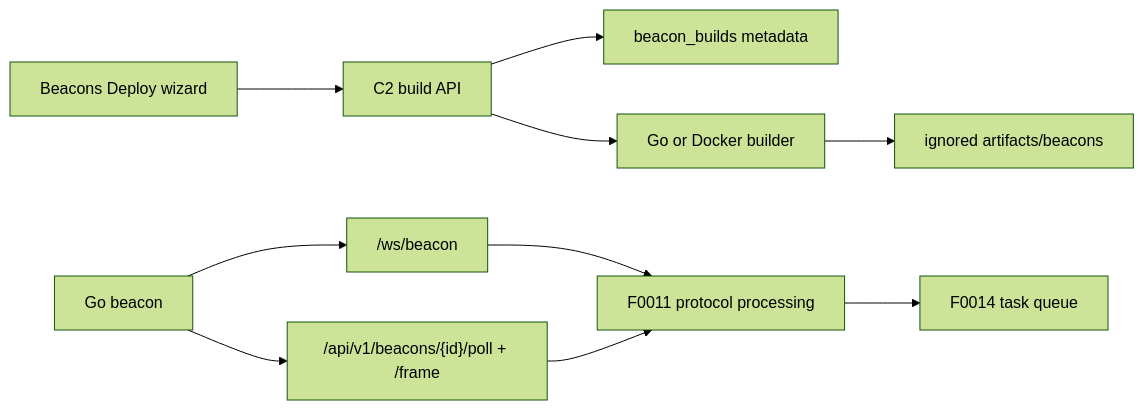
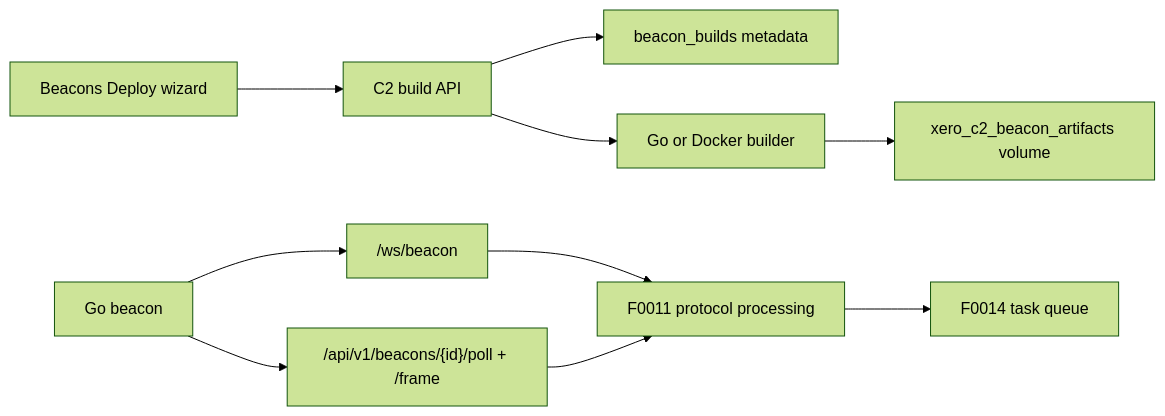
Before and after one commit to JoeStewart93/xero: the diagram in spec/features/0015-go-beacon-agent.md, drawn with Mermaid (forest theme). The commit also changed other lines of this file and 12 other files, not shown here.

Commit message:
fix: persist beacon build artifacts

````diff
--- a/spec/features/0015-go-beacon-agent.md
+++ b/spec/features/0015-go-beacon-agent.md
@@ -31,12 +33,12 @@
 ```mermaid
 flowchart LR
   UI["Beacons Deploy wizard"] --> API["C2 build API"]
   API --> DB["beacon_builds metadata"]
   API --> Builder["Go or Docker builder"]
-  Builder --> Artifact["ignored artifacts/beacons"]
+  Builder --> Artifact["xero_c2_beacon_artifacts volume"]
   Beacon["Go beacon"] --> WS["/ws/beacon"]
   Beacon --> LP["/api/v1/beacons/{id}/poll + /frame"]
   WS --> Protocol["F0011 protocol processing"]
   LP --> Protocol
   Protocol --> Tasks["F0014 task queue"]
 ```
````
